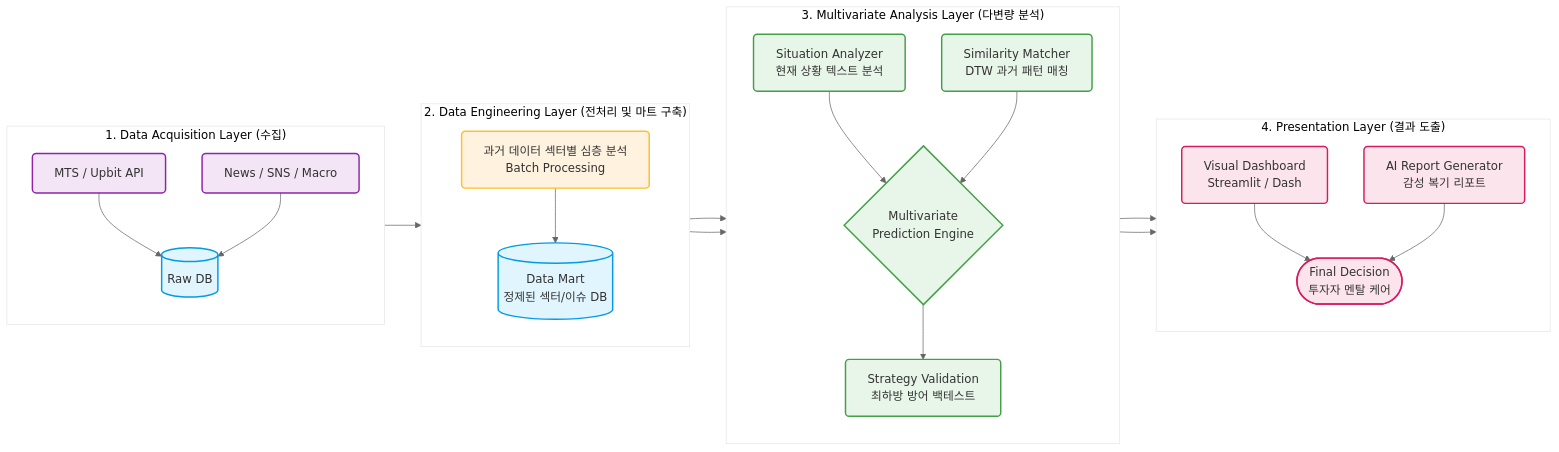
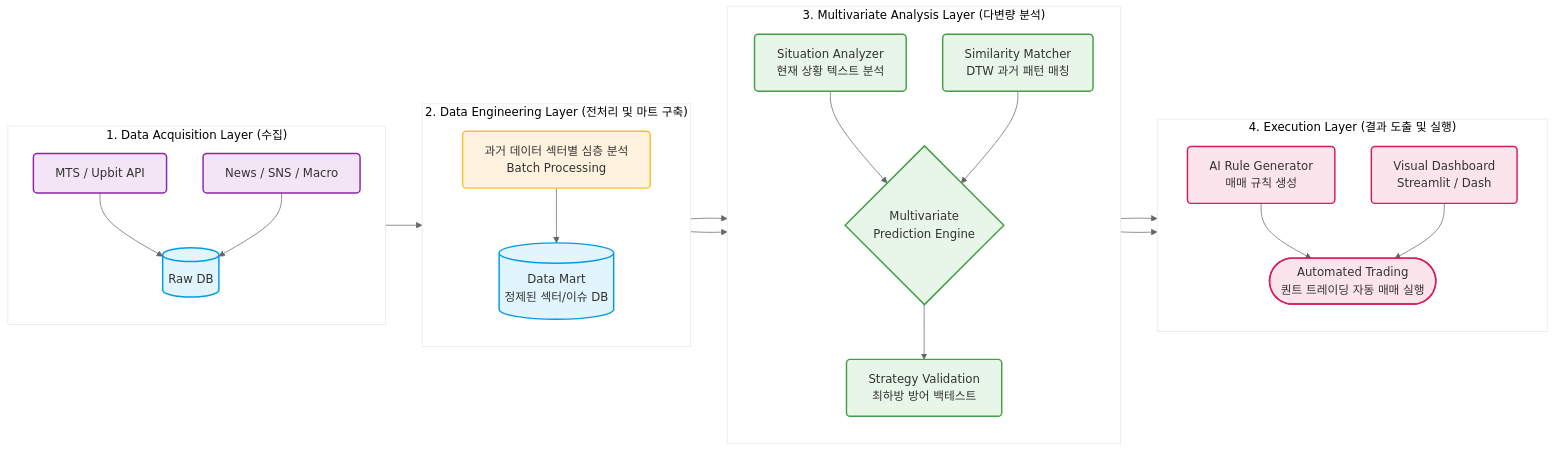
One commit to tabjun/personal_ai_project changed the diagram in quantitative_trading/README.md. Above: the diagram before and after it, drawn with Mermaid. The commit also changed other lines of this file and 1 other file, not shown here.

Commit message:
docs: 아키텍처 수정 및 퀀트 트레이딩 개념 설명 문서 추가

````diff
--- a/quantitative_trading/README.md
+++ b/quantitative_trading/README.md
@@ -16,40 +29,40 @@
 ```mermaid
 %%{init: {'theme': 'base', 'themeVariables': { 'primaryColor': '#ffffff', 'primaryBorderColor': '#333333', 'lineColor': '#666666', 'fontFamily': 'sans-serif'}}}%%
 graph LR
     classDef data fill:#f3e5f5,stroke:#8e24aa,stroke-width:2px,rx:5px,ry:5px;
     classDef db fill:#e1f5fe,stroke:#039be5,stroke-width:2px,rx:5px,ry:5px;
     classDef proc fill:#fff3e0,stroke:#fbc02d,stroke-width:2px,rx:5px,ry:5px;
     classDef engine fill:#e8f5e9,stroke:#43a047,stroke-width:2px,rx:5px,ry:5px;
     classDef ui fill:#fce4ec,stroke:#d81b60,stroke-width:2px,rx:5px,ry:5px;
 
     subgraph Layer1 ["1. Data Acquisition Layer (수집)"]
         direction TB
         A1[MTS / Upbit API]:::data
         A2[News / SNS / Macro]:::data
         A1 --> B1[(Raw DB)]:::db
         A2 --> B1
     end
 
     subgraph Layer2 ["2. Data Engineering Layer (전처리 및 마트 구축)"]
         direction TB
         B1 --> C1[과거 데이터 섹터별 심층 분석<br/>Batch Processing]:::proc
         C1 --> C2[(Data Mart<br/>정제된 섹터/이슈 DB)]:::db
     end
 
     subgraph Layer3 ["3. Multivariate Analysis Layer (다변량 분석)"]
         direction TB
         C2 --> D1[Situation Analyzer<br/>현재 상황 텍스트 분석]:::engine
         C2 --> D2[Similarity Matcher<br/>DTW 과거 패턴 매칭]:::engine
         D1 --> E1{Multivariate<br/>Prediction Engine}:::engine
         D2 --> E1
         E1 --> F1[Strategy Validation<br/>최하방 방어 백테스트]:::engine
     end
 
-    subgraph Layer4 ["4. Presentation Layer (결과 도출)"]
+    subgraph Layer4 ["4. Execution Layer (결과 도출 및 실행)"]
         direction TB
         F1 --> G1[Visual Dashboard<br/>Streamlit / Dash]:::ui
-        F1 --> G2[AI Report Generator<br/>감성 복기 리포트]:::ui
-        G1 --> H1([Final Decision<br/>투자자 멘탈 케어]):::ui
-        G2 --> H1
+        F1 --> G2[AI Rule Generator<br/>매매 규칙 생성]:::ui
+        G2 --> H1([Automated Trading<br/>퀀트 트레이딩 자동 매매 실행]):::ui
+        G1 --> H1
     end
 ```
````
